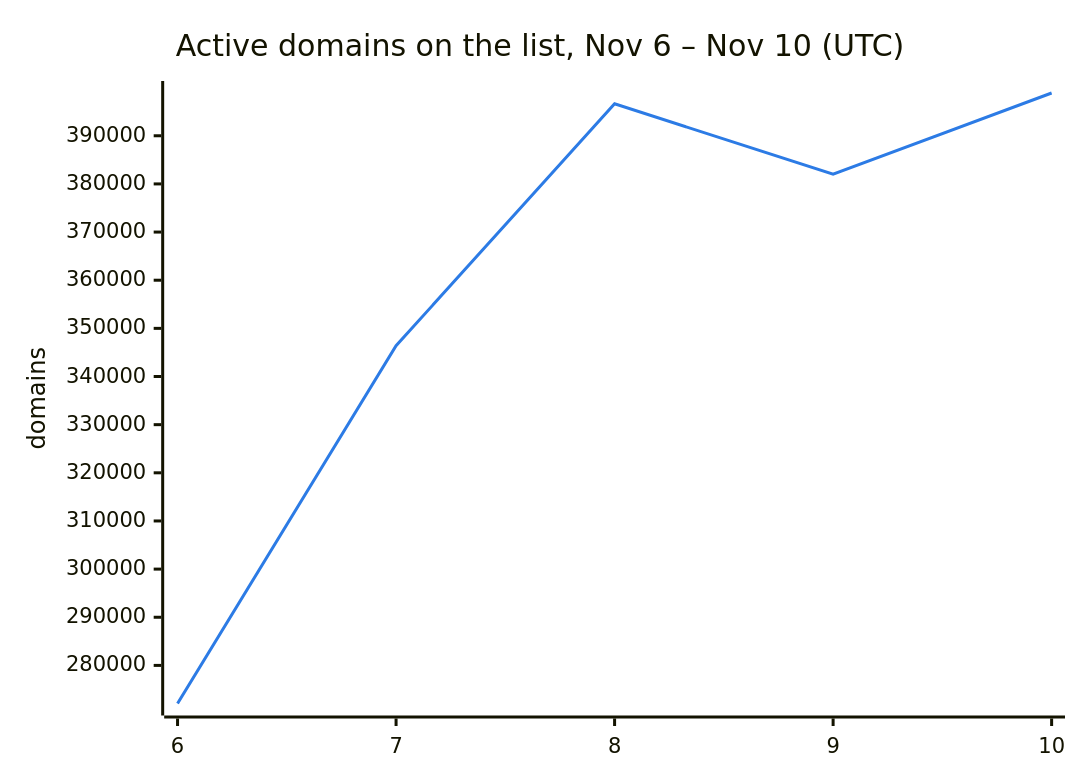
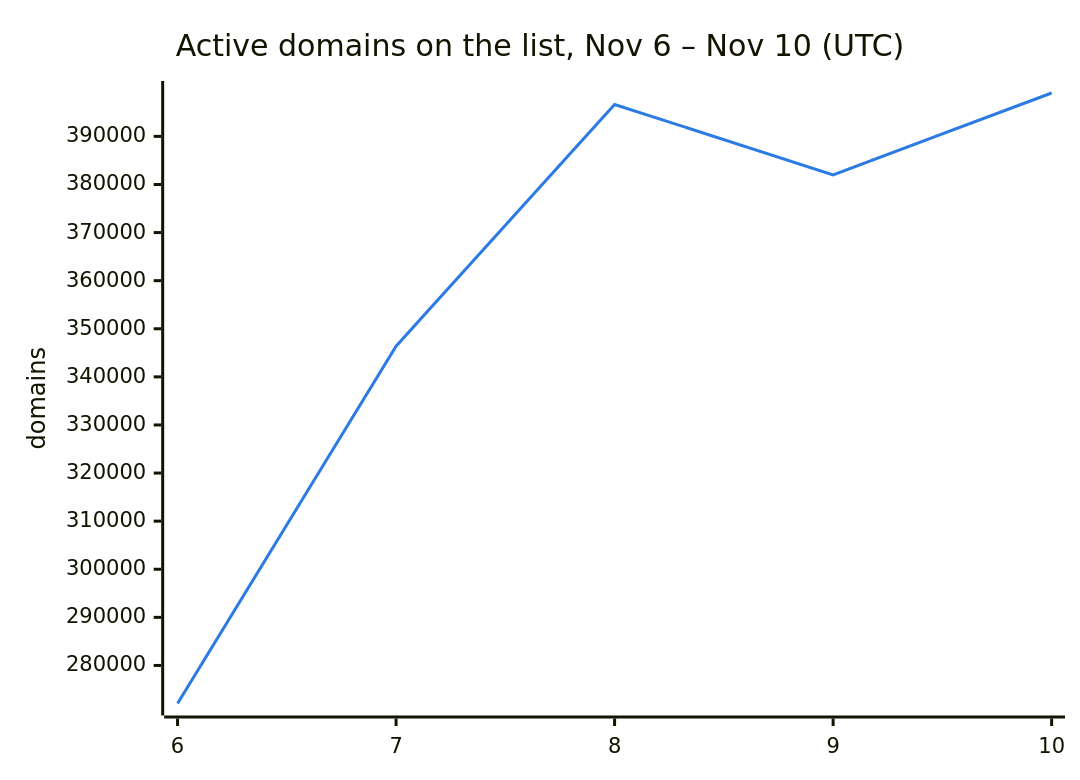
The second of 3 diagrams in README.md (DNSBunker/CTI), drawn with Mermaid before and after one commit. The commit also changed other lines of this file and 3 other files, not shown here.

````diff
--- a/README.md
+++ b/README.md
@@ -38,8 +38,8 @@
 ```mermaid
 %%{init: {"themeVariables": {"xyChart": {"plotColorPalette": "#2c7be5"}}}}%%
 xychart-beta
     title "Active domains on the list, Nov 6 – Nov 10 (UTC)"
     x-axis ["6", "7", "8", "9", "10"]
     y-axis "domains"
-    line [272088, 346388, 396638, 382009, 398883]
+    line [272088, 346388, 396638, 382009, 399019]
 ```
````
